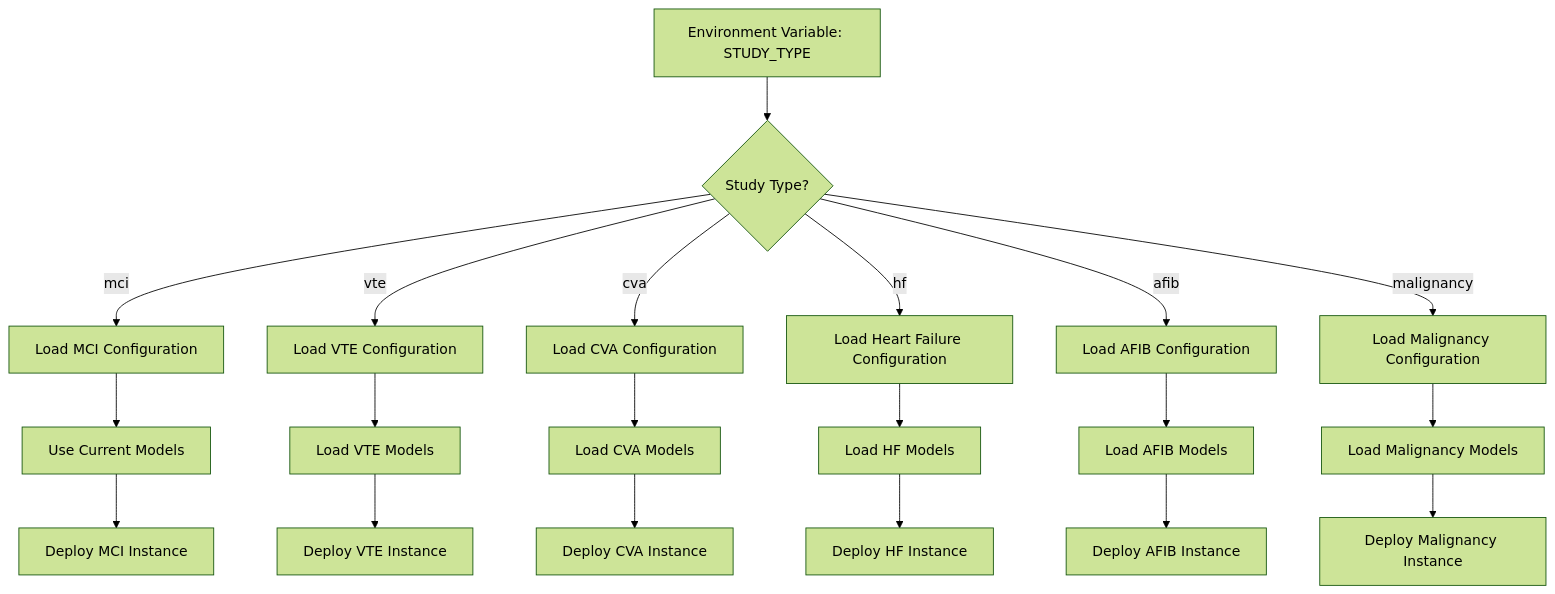
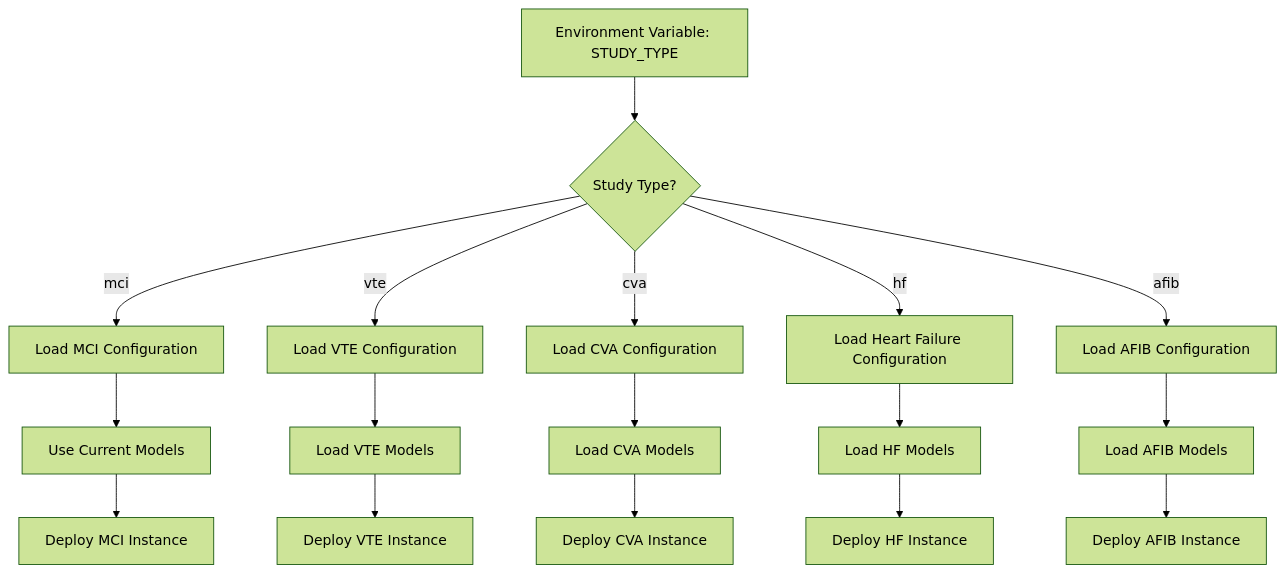
Before and after one commit to uwcirg/cnics-validation: the second of 8 diagrams in docs/architecture-overview.md, drawn with Mermaid (forest theme). The commit also changed other lines of this file and 9 other files, not shown here.

````diff
--- a/docs/architecture-overview.md
+++ b/docs/architecture-overview.md
@@ -76,25 +68,22 @@
 ```mermaid
 flowchart TD
     A[Environment Variable: STUDY_TYPE] --> B{Study Type?}
     
     B -->|mci| C[Load MCI Configuration]
     B -->|vte| D[Load VTE Configuration]
     B -->|cva| E[Load CVA Configuration]
     B -->|hf| F[Load Heart Failure Configuration]
     B -->|afib| G[Load AFIB Configuration]
-    B -->|malignancy| H[Load Malignancy Configuration]
     
     C --> I[Use Current Models]
     D --> J[Load VTE Models]
     E --> K[Load CVA Models]
     F --> L[Load HF Models]
     G --> M[Load AFIB Models]
-    H --> N[Load Malignancy Models]
     
     I --> O[Deploy MCI Instance]
     J --> P[Deploy VTE Instance]
     K --> Q[Deploy CVA Instance]
     L --> R[Deploy HF Instance]
     M --> S[Deploy AFIB Instance]
-    N --> T[Deploy Malignancy Instance]
 ```
````
